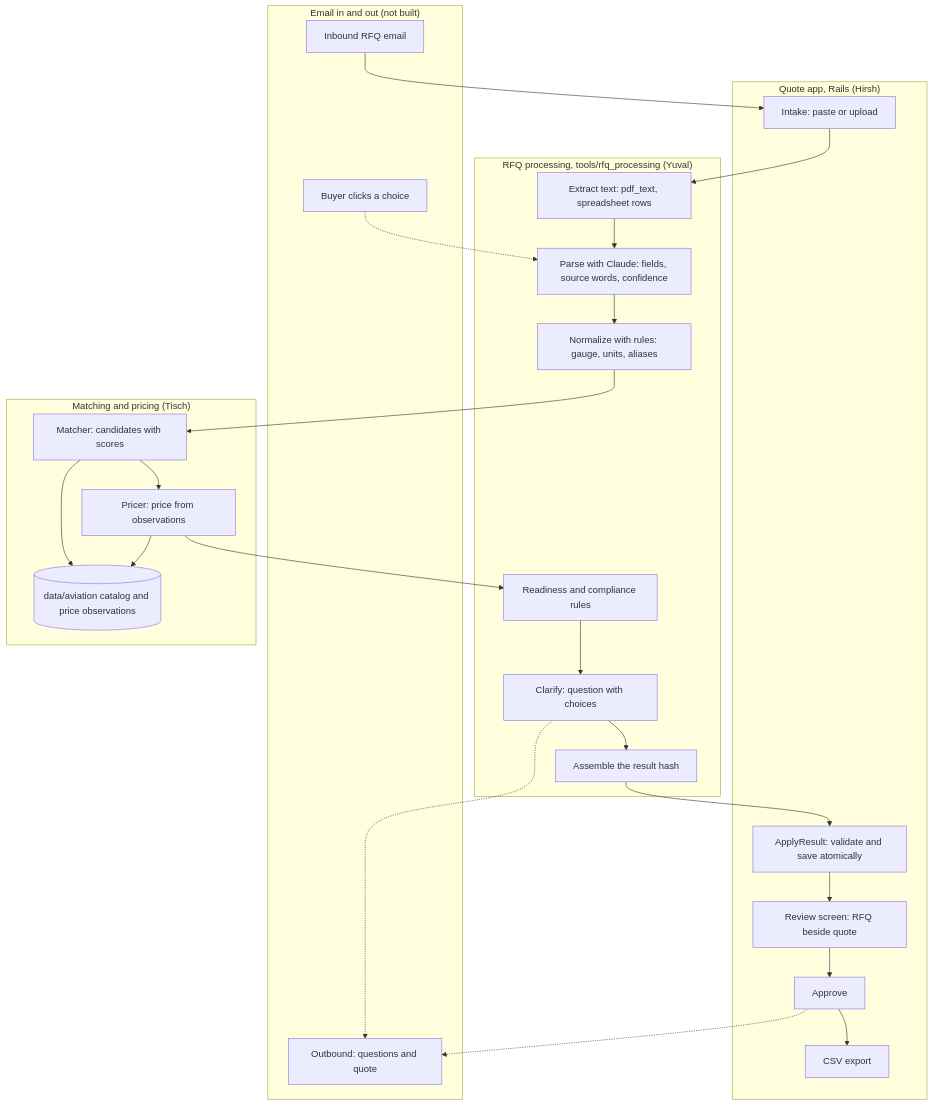
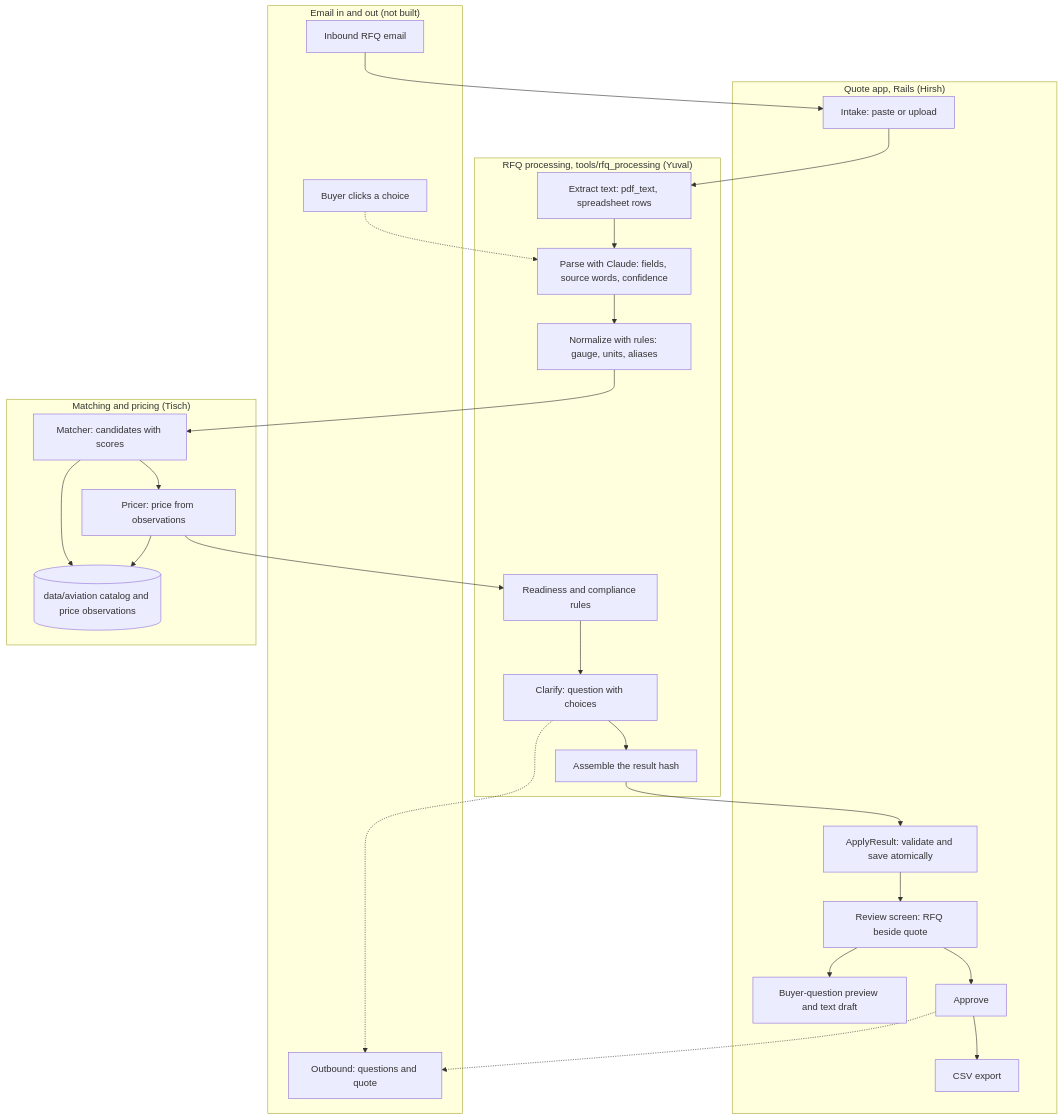
One commit to kenxle/columbia-startup-lab-get-hired-hack changed the diagram in docs/ARCHITECTURE.md. Above: the diagram before and after it, drawn with Mermaid. The commit also changed other lines of this file and 27 other files, not shown here.

Commit message:
Add buyer question review and preserve processing metadata

````diff
--- a/docs/ARCHITECTURE.md
+++ b/docs/ARCHITECTURE.md
@@ -20,39 +20,41 @@
 ```mermaid
 flowchart TD
     subgraph EMAIL["Email in and out (not built)"]
         IN["Inbound RFQ email"]
         OUT["Outbound: questions and quote"]
         CLICK["Buyer clicks a choice"]
     end
     subgraph APP["Quote app, Rails (Hirsh)"]
         INTAKE["Intake: paste or upload"]
         APPLY["ApplyResult: validate and save atomically"]
         REVIEW["Review screen: RFQ beside quote"]
+        QUESTIONS["Buyer-question preview and text draft"]
         APPROVE["Approve"]
         EXPORT["CSV export"]
     end
     subgraph PROC["RFQ processing, tools/rfq_processing (Yuval)"]
         EXTRACT["Extract text: pdf_text, spreadsheet rows"]
         PARSE["Parse with Claude: fields, source words, confidence"]
         NORM["Normalize with rules: gauge, units, aliases"]
         READY["Readiness and compliance rules"]
         CLARIFY["Clarify: question with choices"]
         ASSEMBLE["Assemble the result hash"]
     end
     subgraph MATCH["Matching and pricing (Tisch)"]
         MATCHER["Matcher: candidates with scores"]
         PRICER["Pricer: price from observations"]
         CATALOG[("data/aviation catalog and price observations")]
     end
     IN --> INTAKE
     INTAKE --> EXTRACT
     EXTRACT --> PARSE --> NORM --> MATCHER
     MATCHER --> CATALOG
     PRICER --> CATALOG
     MATCHER --> PRICER --> READY
     READY --> CLARIFY --> ASSEMBLE --> APPLY
     APPLY --> REVIEW --> APPROVE --> EXPORT
+    REVIEW --> QUESTIONS
     CLARIFY -.-> OUT
     CLICK -.-> PARSE
     APPROVE -.-> OUT
 ```
````
